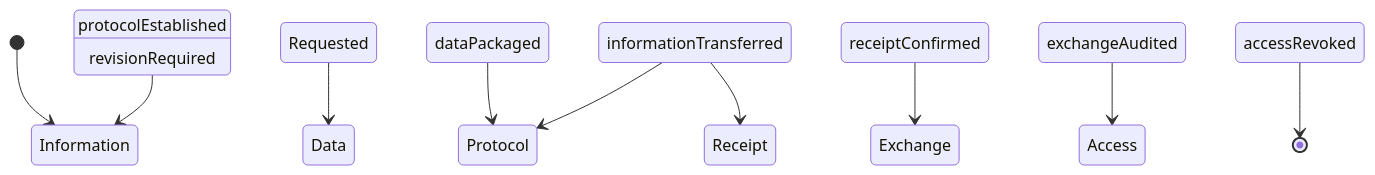
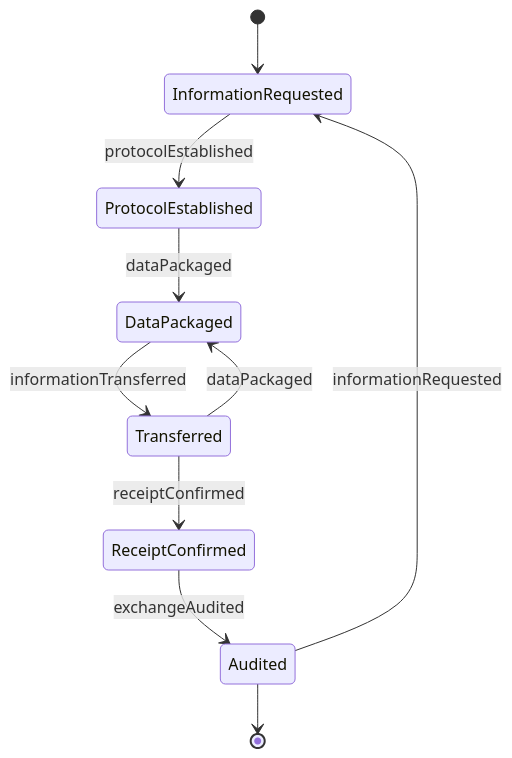
The second of 4 diagrams in CommunicatingWithSupervisorsPeersOrSubordinates/CoordinateActivitiesWithClientsAgenciesOrOrganizations/CoordinateExternalPartiesExchangeInformation.mdx (dot-org-ai/tasks.org.ai), drawn with Mermaid before and after one commit. The commit also changed other lines of this file and 515 other files, not shown here.

````diff
--- a/CommunicatingWithSupervisorsPeersOrSubordinates/CoordinateActivitiesWithClientsAgenciesOrOrganizations/CoordinateExternalPartiesExchangeInformation.mdx
+++ b/CommunicatingWithSupervisorsPeersOrSubordinates/CoordinateActivitiesWithClientsAgenciesOrOrganizations/CoordinateExternalPartiesExchangeInformation.mdx
@@ -99,12 +99,12 @@
 ```mermaid
 stateDiagram-v2
-    [*] --> Information Requested
-    Information Requested --> Data Packaged : dataPackaged
-    Data Packaged --> Protocol Established : protocolEstablished
-    Protocol Established --> Information Transferred : informationTransferred
-    Information Transferred --> Receipt Confirmed : receiptConfirmed
-    Receipt Confirmed --> Exchange Audited : exchangeAudited
-    Exchange Audited --> Access Revoked : accessRevoked
-    Information Transferred --> Protocol Established : revisionRequired
-    Access Revoked --> [*]
+    [*] --> InformationRequested
+    InformationRequested --> ProtocolEstablished : protocolEstablished
+    ProtocolEstablished --> DataPackaged : dataPackaged
+    DataPackaged --> Transferred : informationTransferred
+    Transferred --> ReceiptConfirmed : receiptConfirmed
+    ReceiptConfirmed --> Audited : exchangeAudited
+    Transferred --> DataPackaged : dataPackaged
+    Audited --> InformationRequested : informationRequested
+    Audited --> [*]
 ```
````
